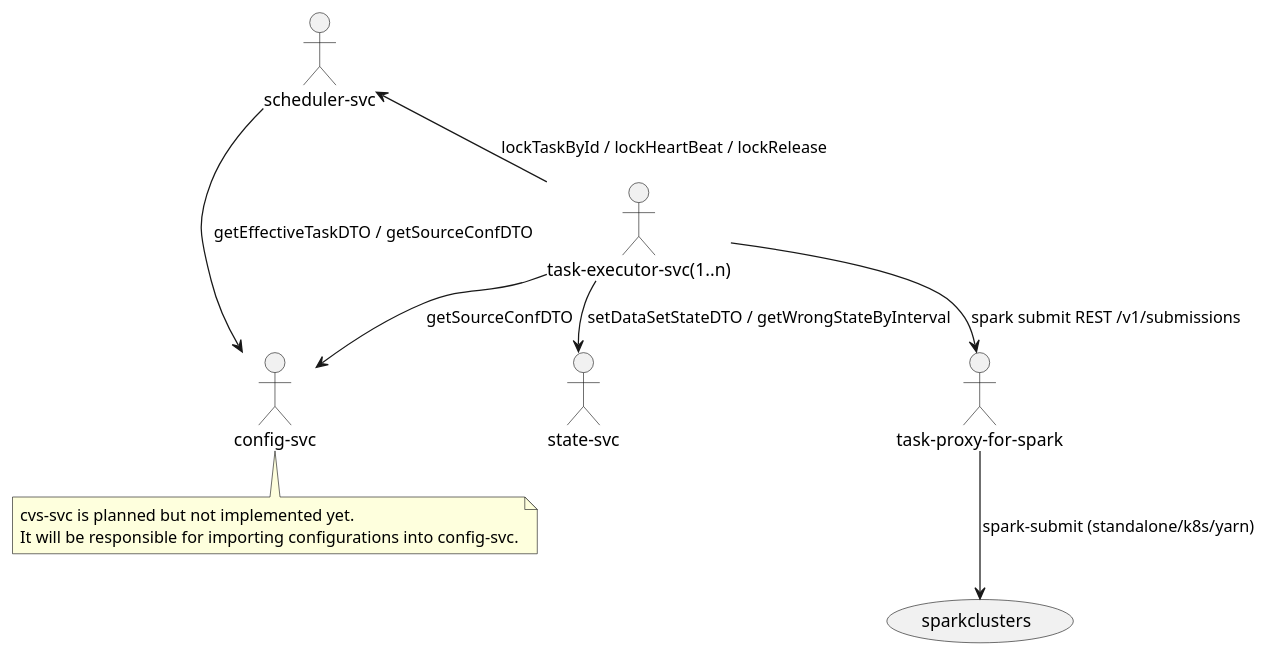
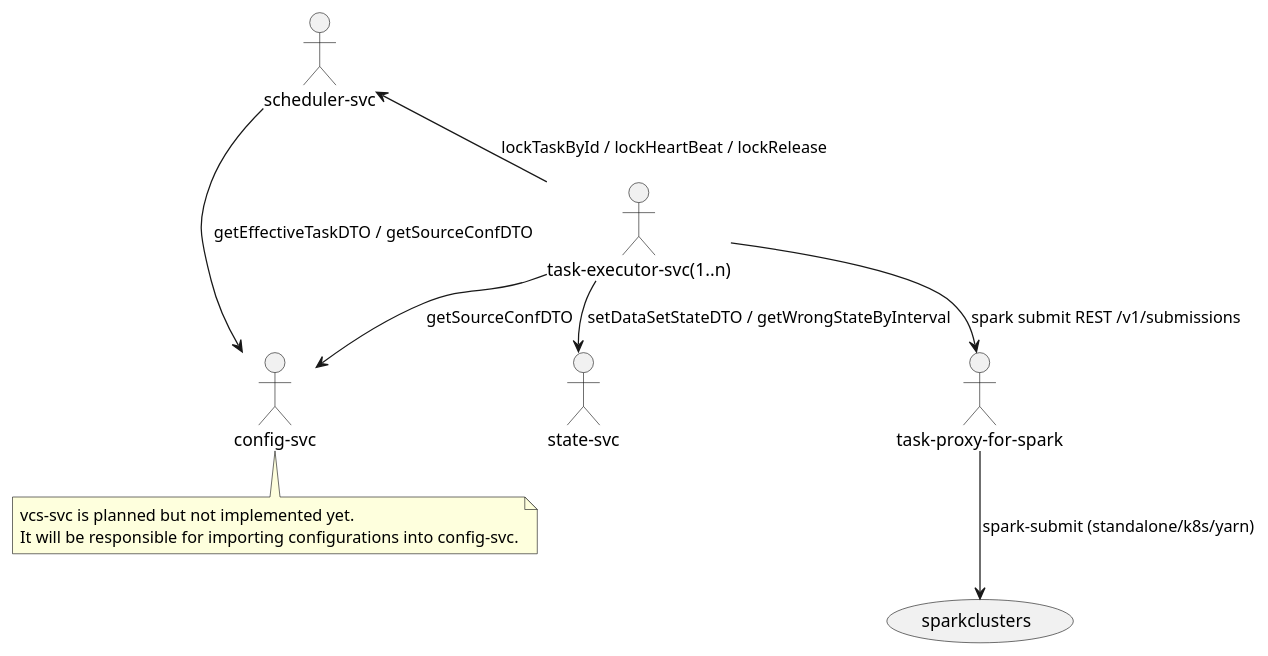
The diagram in doc-ru/system_design/services.puml (zaytsevdmitry/lakehouse), drawn with PlantUML before and after one commit. The commit also changed 380 other files, not shown here.

```diff
--- a/doc-ru/system_design/services.puml
+++ b/doc-ru/system_design/services.puml
@@ -1,26 +1,26 @@
 @startuml
 !pragma layout smetana
 ':ui-svc: as uisvc
 :config-svc:  as confsvc
 :state-svc:  as statesvc
 :task-executor-svc(1..n):  as taskexecutorsvc
 :scheduler-svc: as schedulersvc
 :task-proxy-for-spark: as sparkproxy
 ':cmd-cli: as cmdcli
 
 'scheduler requests task details and source configuration from config-svc
 schedulersvc -> confsvc : getEffectiveTaskDTO / getSourceConfDTO
 'task-executor locks/heartbeats/releases tasks in scheduler-svc
 schedulersvc <-- taskexecutorsvc : lockTaskById / lockHeartBeat / lockRelease
 'task-executor fetches source configuration
 taskexecutorsvc --> confsvc : getSourceConfDTO
 'task-executor maintains dataset interval states
 taskexecutorsvc --> statesvc : setDataSetStateDTO / getWrongStateByInterval
 'task-executor submits spark jobs via REST /v1/submissions (directly or through the proxy)
 taskexecutorsvc --> sparkproxy : spark submit REST /v1/submissions
 sparkproxy ---> (sparkclusters) : spark-submit (standalone/k8s/yarn)
 note bottom of confsvc
-  cvs-svc is planned but not implemented yet.
+  vcs-svc is planned but not implemented yet.
   It will be responsible for importing configurations into config-svc.
 end note
 @enduml
```
